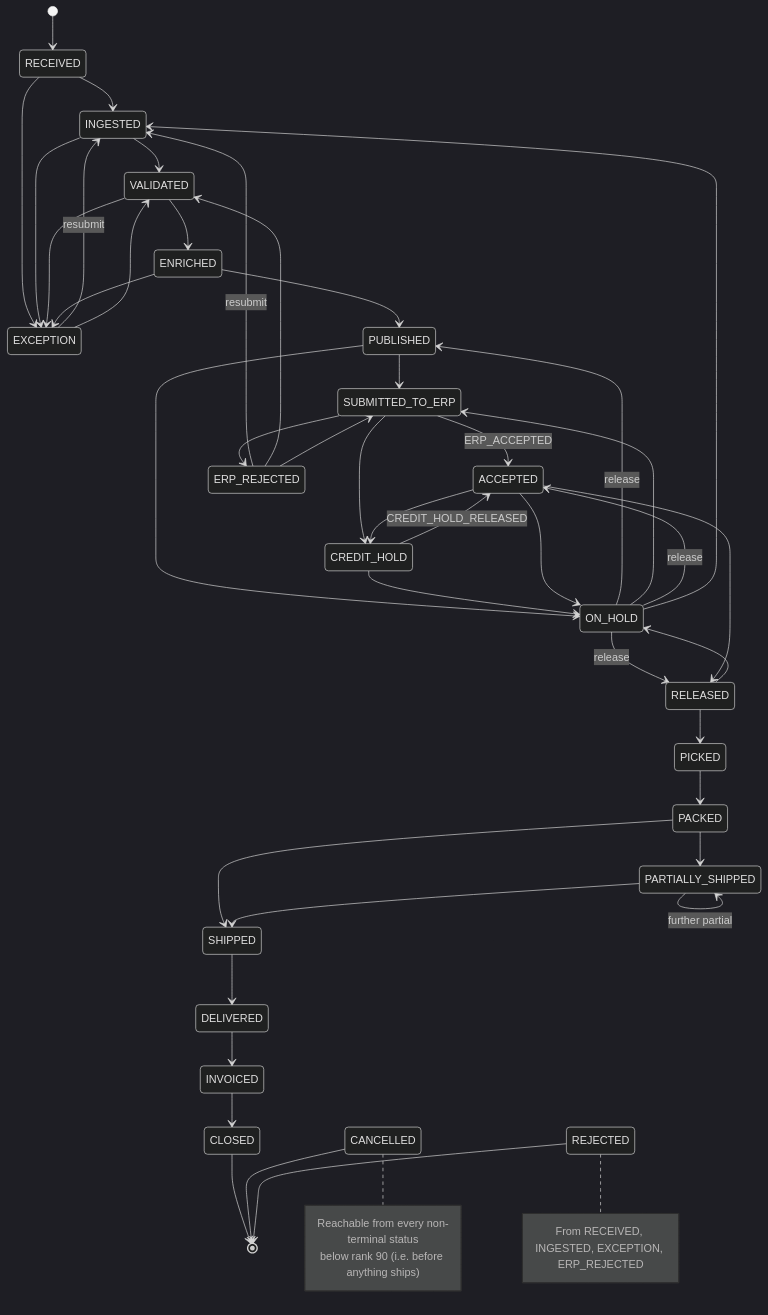
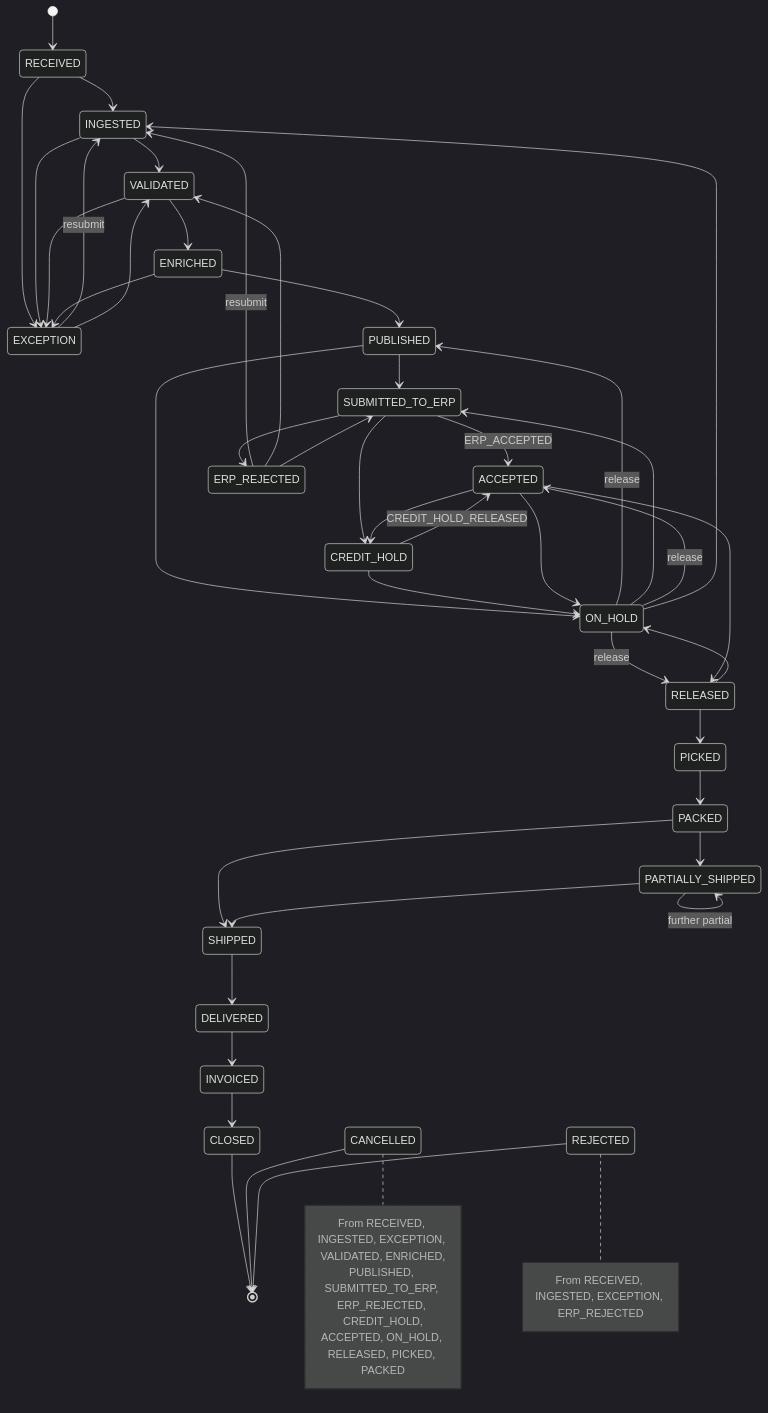
One commit to amitagrawal09/tf-data-product-so changed the third of 9 diagrams in docs/02-technical-design.md. Above: the diagram before and after it, drawn with Mermaid (dark theme). The commit also changed other lines of this file, not shown here.

````diff
--- a/docs/02-technical-design.md
+++ b/docs/02-technical-design.md
@@ -303,52 +432,53 @@
 ```mermaid
 stateDiagram-v2
   [*] --> RECEIVED
   RECEIVED --> INGESTED
   RECEIVED --> EXCEPTION
   INGESTED --> VALIDATED
   INGESTED --> EXCEPTION
   EXCEPTION --> INGESTED : resubmit
   EXCEPTION --> VALIDATED
   VALIDATED --> ENRICHED
   VALIDATED --> EXCEPTION
   ENRICHED --> PUBLISHED
   ENRICHED --> EXCEPTION
   PUBLISHED --> SUBMITTED_TO_ERP
   PUBLISHED --> ON_HOLD
   SUBMITTED_TO_ERP --> ACCEPTED : ERP_ACCEPTED
   SUBMITTED_TO_ERP --> ERP_REJECTED
   SUBMITTED_TO_ERP --> CREDIT_HOLD
   ERP_REJECTED --> INGESTED : resubmit
   ERP_REJECTED --> VALIDATED
   ERP_REJECTED --> SUBMITTED_TO_ERP
   CREDIT_HOLD --> ACCEPTED : CREDIT_HOLD_RELEASED
   CREDIT_HOLD --> ON_HOLD
   ACCEPTED --> CREDIT_HOLD
   ACCEPTED --> ON_HOLD
   ON_HOLD --> PUBLISHED : release
   ON_HOLD --> SUBMITTED_TO_ERP
   ON_HOLD --> ACCEPTED : release
   ON_HOLD --> RELEASED : release
   ON_HOLD --> INGESTED
   ACCEPTED --> RELEASED
   RELEASED --> ON_HOLD
   RELEASED --> PICKED
   PICKED --> PACKED
   PACKED --> PARTIALLY_SHIPPED
   PACKED --> SHIPPED
   PARTIALLY_SHIPPED --> PARTIALLY_SHIPPED : further partial
   PARTIALLY_SHIPPED --> SHIPPED
   SHIPPED --> DELIVERED
   DELIVERED --> INVOICED
   INVOICED --> CLOSED
   CLOSED --> [*]
   CANCELLED --> [*]
   REJECTED --> [*]
   note right of CANCELLED
-    Reachable from every non-terminal status
-    below rank 90 (i.e. before anything ships)
+    From RECEIVED, INGESTED, EXCEPTION, VALIDATED, ENRICHED,
+    PUBLISHED, SUBMITTED_TO_ERP, ERP_REJECTED, CREDIT_HOLD,
+    ACCEPTED, ON_HOLD, RELEASED, PICKED, PACKED
   end note
   note right of REJECTED
     From RECEIVED, INGESTED, EXCEPTION, ERP_REJECTED
   end note
 ```
````
